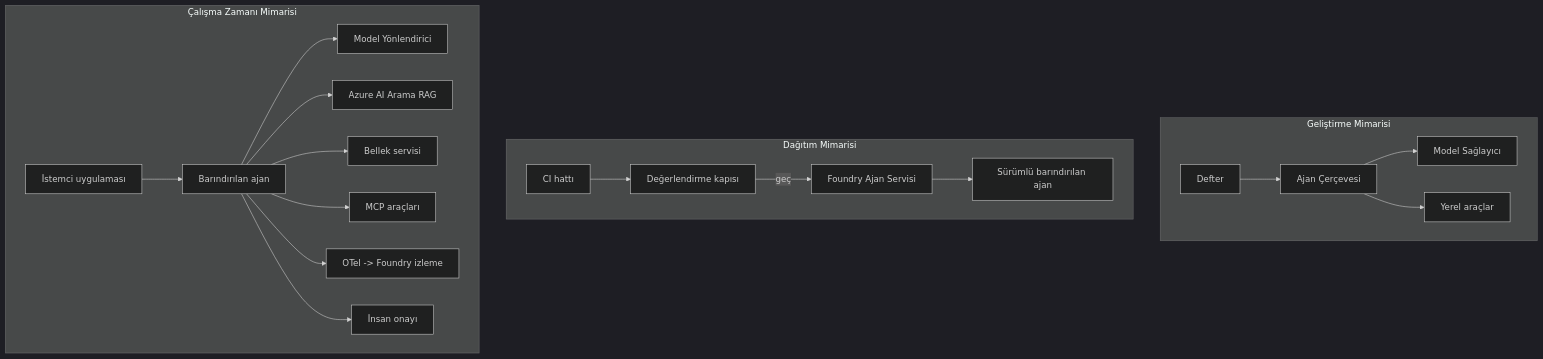
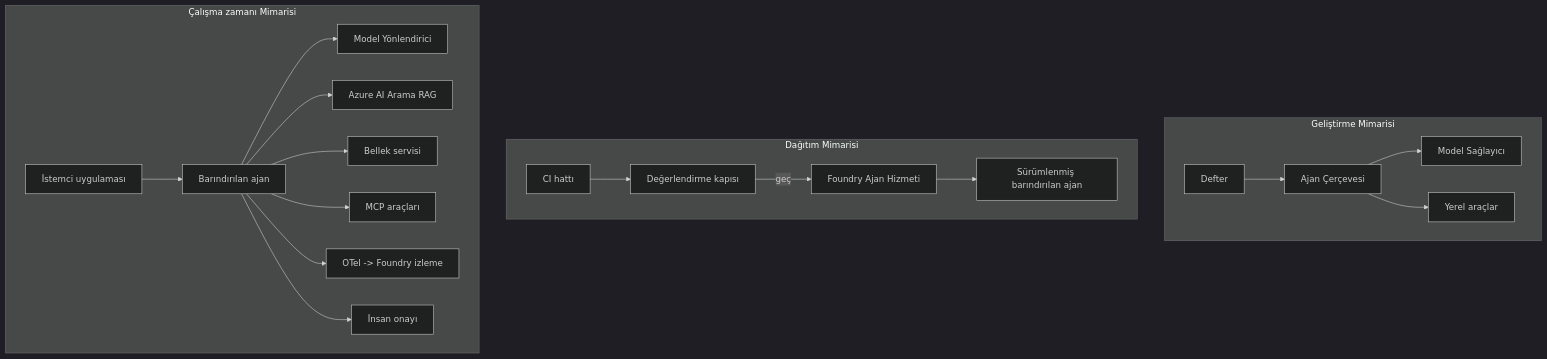
The fourth of 4 diagrams in mirrors/repos/microsoft@ai-agents-for-beginners/translations/tr/16-deploying-scalable-agents/README.md (gabrielmoreira/agent-skills-mirror), drawn with Mermaid (dark theme) before and after one commit. The commit also changed other lines of this file and 3581 other files, not shown here.

````diff
--- a/mirrors/repos/microsoft@ai-agents-for-beginners/translations/tr/16-deploying-scalable-agents/README.md
+++ b/mirrors/repos/microsoft@ai-agents-for-beginners/translations/tr/16-deploying-scalable-agents/README.md
@@ -185,22 +185,22 @@
 ```mermaid
 flowchart TB
     subgraph Dev[Geliştirme Mimarisi]
         D1[Defter] --> D2[Ajan Çerçevesi]
         D2 --> D3[Model Sağlayıcı]
         D2 --> D4[Yerel araçlar]
     end
     subgraph Deploy[Dağıtım Mimarisi]
         E1[CI hattı] --> E2[Değerlendirme kapısı]
-        E2 -->|geç| E3[Foundry Ajan Servisi]
-        E3 --> E4[Sürümlü barındırılan ajan]
+        E2 -->|geç| E3[Foundry Ajan Hizmeti]
+        E3 --> E4[Sürümlenmiş barındırılan ajan]
     end
-    subgraph Run[Çalışma Zamanı Mimarisi]
+    subgraph Run[Çalışma zamanı Mimarisi]
         F1[İstemci uygulaması] --> F2[Barındırılan ajan]
         F2 --> F3[Model Yönlendirici]
         F2 --> F4[Azure AI Arama RAG]
         F2 --> F5[Bellek servisi]
         F2 --> F6[MCP araçları]
         F2 --> F7[OTel -> Foundry izleme]
         F2 --> F8[İnsan onayı]
     end
 ```
````
